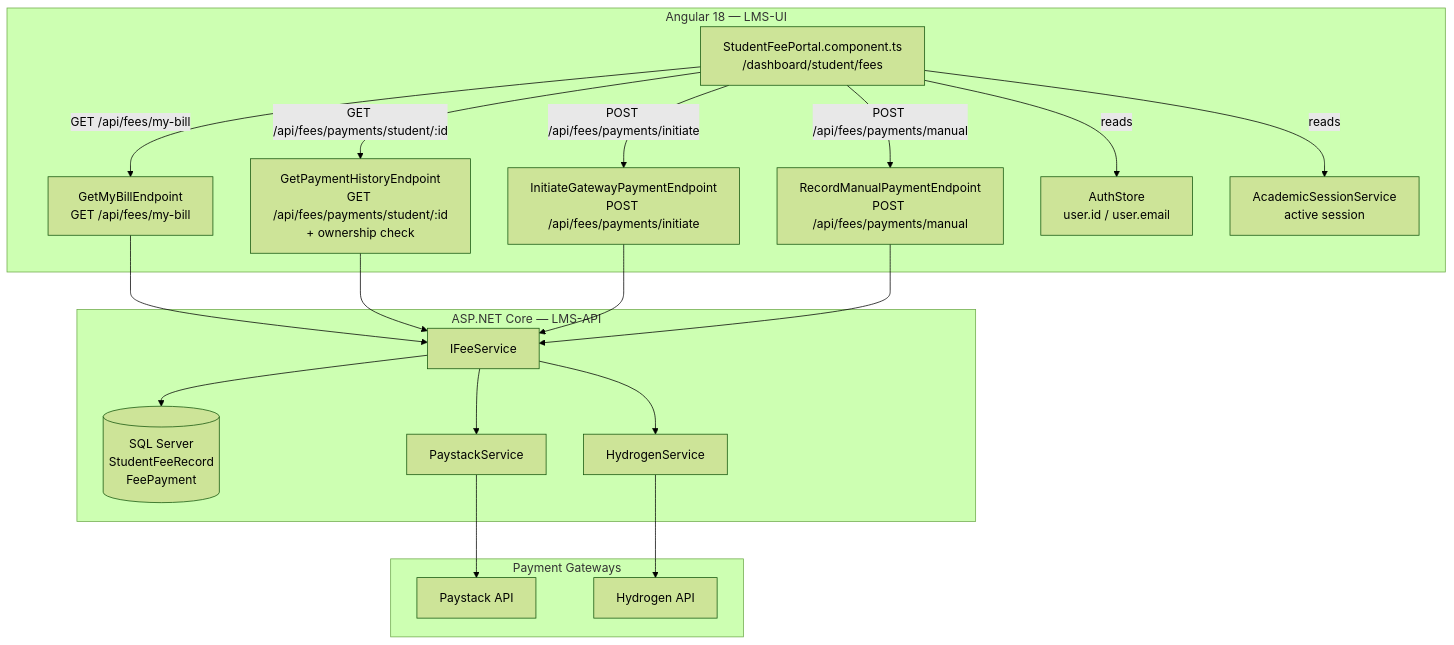
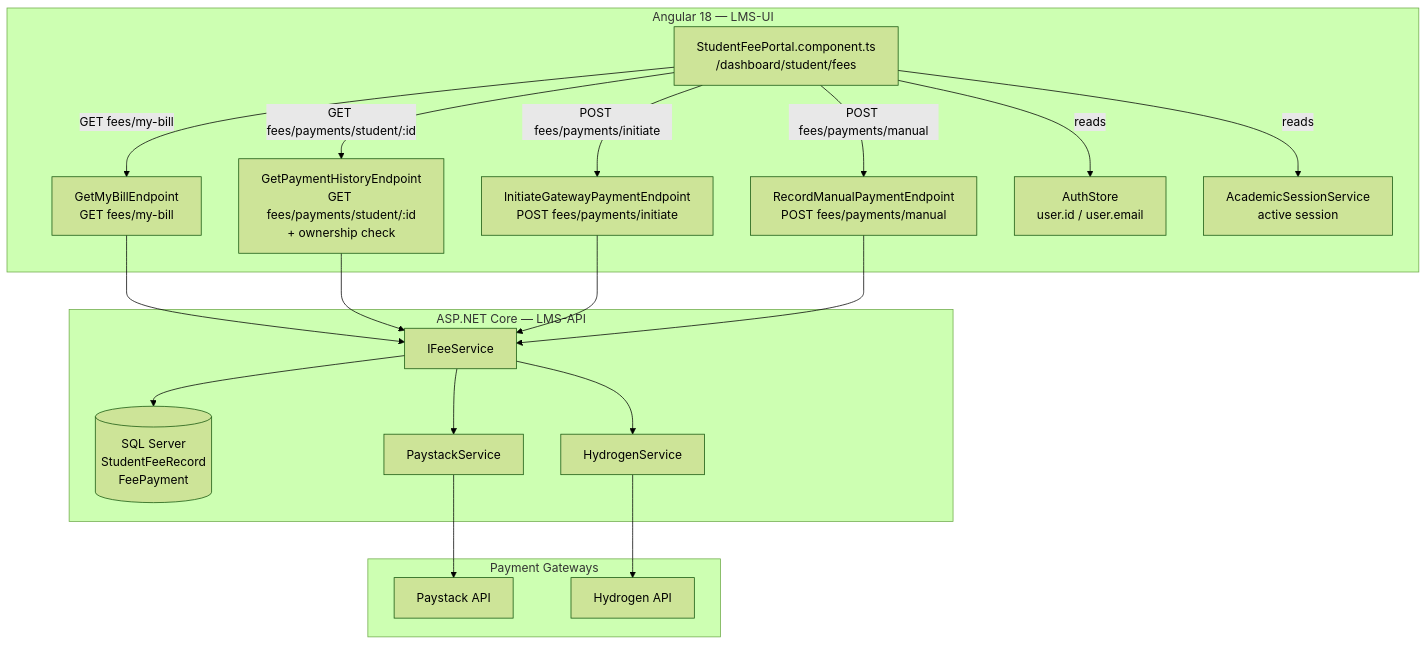
One commit to standevel/LMSApi changed the diagram in .kiro/specs/student-fee-payment-portal/design.md. Above: the diagram before and after it, drawn with Mermaid (forest theme). The commit also changed other lines of this file and 3081 other files, not shown here.

Commit message:
feat: add auth, quiz, proctoring, question bank, webhooks, bulk operations, announcements, discussions, fees, gradebook, lecture sessions, parent portal, registry, reporting, self-service, timetable endpoints; add entities, services, contracts, migrations

````diff
--- a/.kiro/specs/student-fee-payment-portal/design.md
+++ b/.kiro/specs/student-fee-payment-portal/design.md
@@ -15,30 +15,30 @@
 ```mermaid
 graph TD
     subgraph Frontend [Angular 18 — LMS-UI]
-        A[StudentFeePortal.component.ts<br/>/dashboard/student/fees] -->|GET /api/fees/my-bill| B
-        A -->|GET /api/fees/payments/student/:id| C
-        A -->|POST /api/fees/payments/initiate| D
-        A -->|POST /api/fees/payments/manual| E
+        A[StudentFeePortal.component.ts<br/>/dashboard/student/fees] -->|GET fees/my-bill| B
+        A -->|GET fees/payments/student/:id| C
+        A -->|POST fees/payments/initiate| D
+        A -->|POST fees/payments/manual| E
         A -->|reads| F[AuthStore<br/>user.id / user.email]
         A -->|reads| G[AcademicSessionService<br/>active session]
     end
 
     subgraph Backend [ASP.NET Core — LMS-API]
-        B[GetMyBillEndpoint<br/>GET /api/fees/my-bill]
-        C[GetPaymentHistoryEndpoint<br/>GET /api/fees/payments/student/:id<br/>+ ownership check]
-        D[InitiateGatewayPaymentEndpoint<br/>POST /api/fees/payments/initiate]
-        E[RecordManualPaymentEndpoint<br/>POST /api/fees/payments/manual]
+        B[GetMyBillEndpoint<br/>GET fees/my-bill]
+        C[GetPaymentHistoryEndpoint<br/>GET fees/payments/student/:id<br/>+ ownership check]
+        D[InitiateGatewayPaymentEndpoint<br/>POST fees/payments/initiate]
+        E[RecordManualPaymentEndpoint<br/>POST fees/payments/manual]
         B --> H[IFeeService]
         C --> H
         D --> H
         E --> H
         H --> I[(SQL Server<br/>StudentFeeRecord<br/>FeePayment)]
         H --> J[PaystackService]
         H --> K[HydrogenService]
     end
 
     subgraph Gateways [Payment Gateways]
         J --> L[Paystack API]
         K --> M[Hydrogen API]
     end
 ```
````
